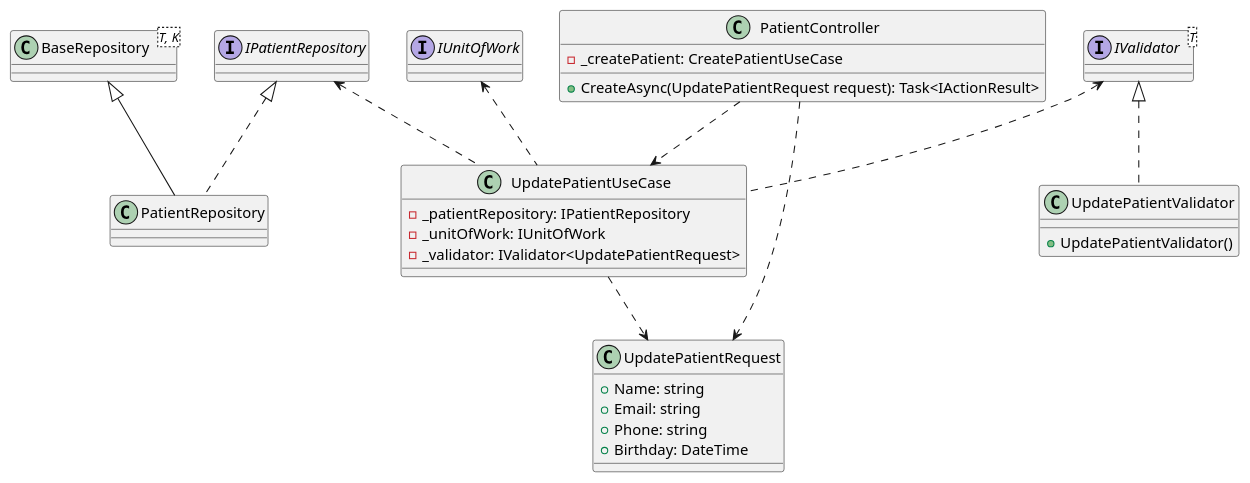
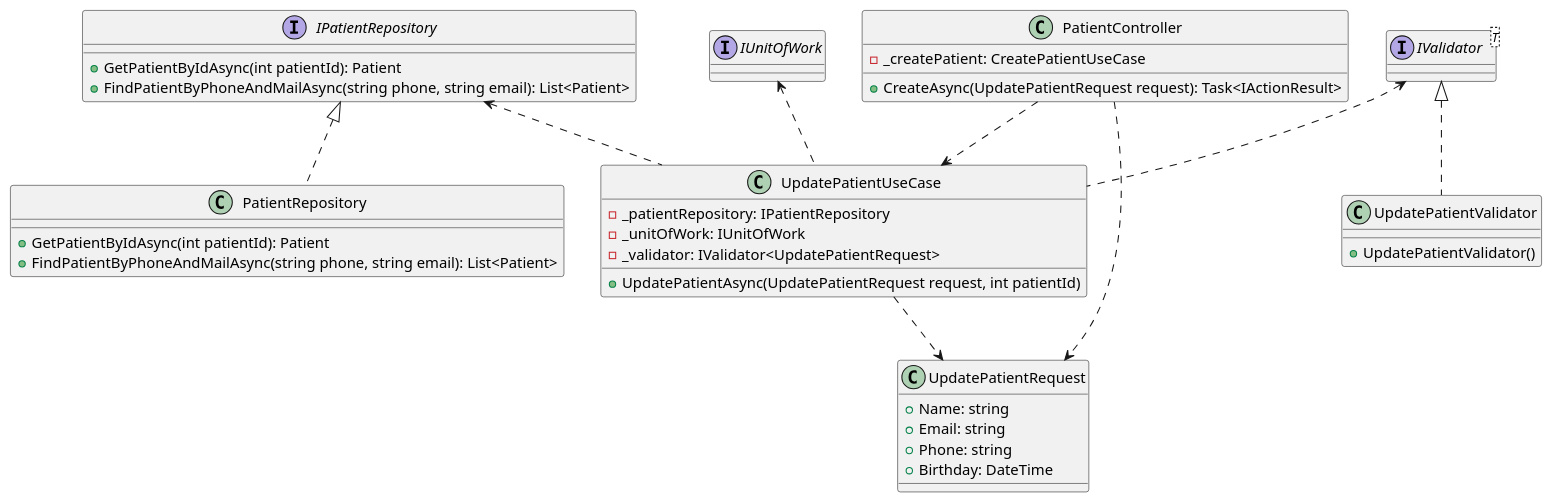
One commit to jang1902/SEP490_Sequence changed the diagram in ClassDiagram/Patient/UpdatePatientCD.puml. Above: the diagram before and after it, drawn with PlantUML. The commit also changed 8 other files, not shown here.

```diff
--- a/ClassDiagram/Patient/UpdatePatientCD.puml
+++ b/ClassDiagram/Patient/UpdatePatientCD.puml
@@ -1,45 +1,47 @@
 @startuml
-interface IPatientRepository
+interface IPatientRepository{
++GetPatientByIdAsync(int patientId): Patient
++FindPatientByPhoneAndMailAsync(string phone, string email): List<Patient>
+}
 interface IValidator<T>
 interface IUnitOfWork
 
-class BaseRepository<T, K>
-
 class PatientRepository {
++GetPatientByIdAsync(int patientId): Patient
++FindPatientByPhoneAndMailAsync(string phone, string email): List<Patient>
 }
 
 class UpdatePatientUseCase {
   -  _patientRepository: IPatientRepository
   -  _unitOfWork: IUnitOfWork
   -  _validator: IValidator<UpdatePatientRequest>
+  +UpdatePatientAsync(UpdatePatientRequest request, int patientId)
 }
 
 class UpdatePatientValidator {
   + UpdatePatientValidator()
 }
 
 class PatientController {
   -  _createPatient: CreatePatientUseCase
   + CreateAsync(UpdatePatientRequest request): Task<IActionResult>
 }
 
 class UpdatePatientRequest {
   +  Name: string
   +  Email: string
   +  Phone: string
   +  Birthday: DateTime
 }
 
-
-BaseRepository <|-- PatientRepository
 IPatientRepository <|.. PatientRepository
 IPatientRepository <.. UpdatePatientUseCase
 IUnitOfWork <.. UpdatePatientUseCase
 IValidator <|.. UpdatePatientValidator
 IValidator <.. UpdatePatientUseCase
 
 UpdatePatientUseCase ..> UpdatePatientRequest
 PatientController ..> UpdatePatientUseCase
 PatientController ..> UpdatePatientRequest
 
 @enduml
```
